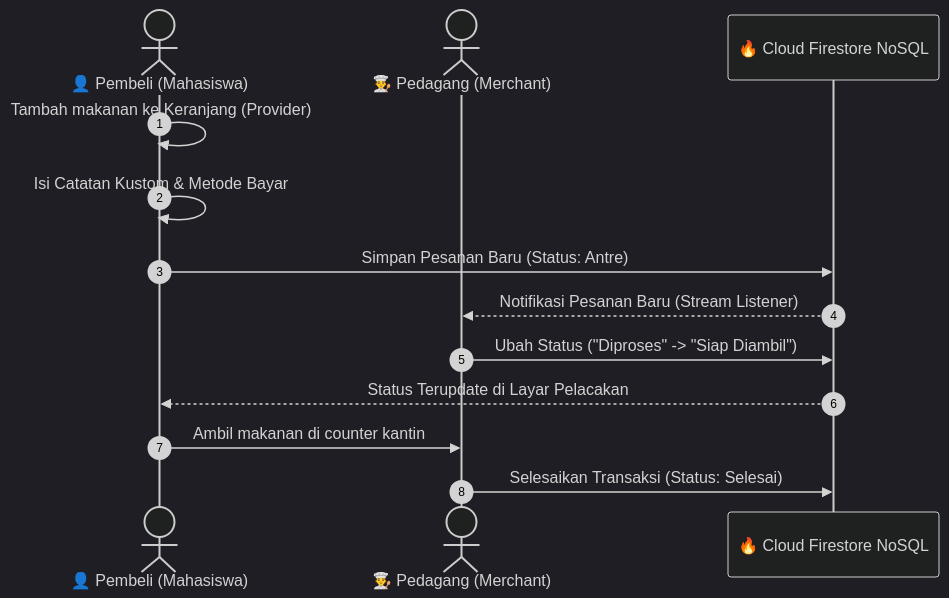
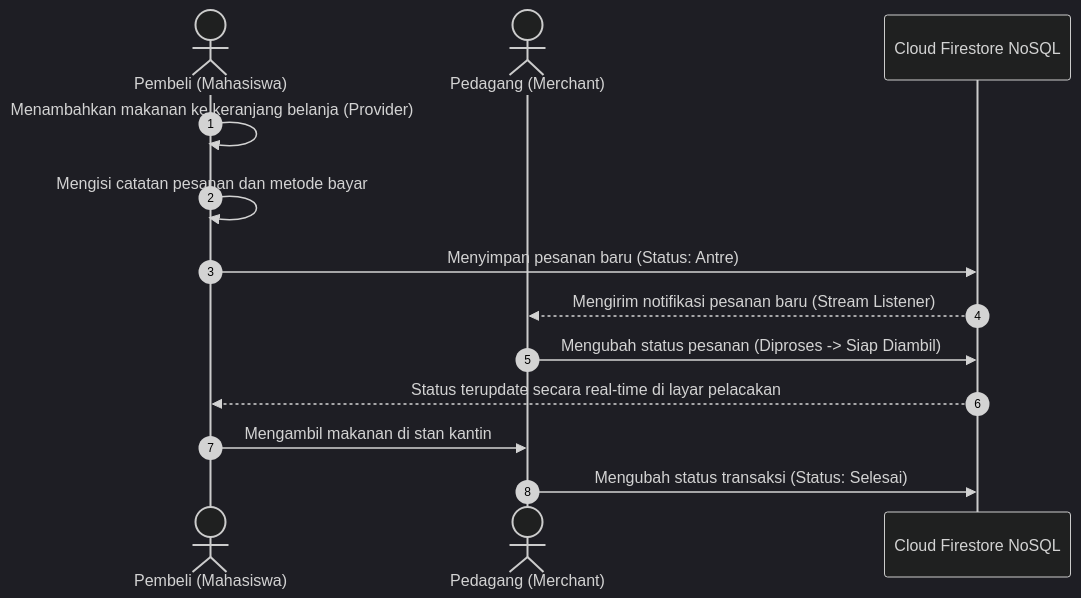
Before and after one commit to ssyhadins8/Foodtrack-App: the diagram in Laporan_Akhir_Blueprint.md, drawn with Mermaid (dark theme). The commit also changed other lines of this file and 5806 other files, not shown here.

````diff
--- a/Laporan_Akhir_Blueprint.md
+++ b/Laporan_Akhir_Blueprint.md
@@ -37,16 +36,16 @@
 ```mermaid
 sequenceDiagram
     autonumber
-    actor Pembeli as 👤 Pembeli (Mahasiswa)
-    actor Pedagang as 👨‍🍳 Pedagang (Merchant)
-    participant DB as 🔥 Cloud Firestore NoSQL
+    actor Pembeli as Pembeli (Mahasiswa)
+    actor Pedagang as Pedagang (Merchant)
+    participant DB as Cloud Firestore NoSQL
 
-    Pembeli->>Pembeli: Tambah makanan ke Keranjang (Provider)
-    Pembeli->>Pembeli: Isi Catatan Kustom & Metode Bayar
-    Pembeli->>DB: Simpan Pesanan Baru (Status: Antre)
-    DB-->>Pedagang: Notifikasi Pesanan Baru (Stream Listener)
-    Pedagang->>DB: Ubah Status ("Diproses" -> "Siap Diambil")
-    DB-->>Pembeli: Status Terupdate di Layar Pelacakan
-    Pembeli->>Pedagang: Ambil makanan di counter kantin
-    Pedagang->>DB: Selesaikan Transaksi (Status: Selesai)
+    Pembeli->>Pembeli: Menambahkan makanan ke keranjang belanja (Provider)
+    Pembeli->>Pembeli: Mengisi catatan pesanan dan metode bayar
+    Pembeli->>DB: Menyimpan pesanan baru (Status: Antre)
+    DB-->>Pedagang: Mengirim notifikasi pesanan baru (Stream Listener)
+    Pedagang->>DB: Mengubah status pesanan (Diproses -> Siap Diambil)
+    DB-->>Pembeli: Status terupdate secara real-time di layar pelacakan
+    Pembeli->>Pedagang: Mengambil makanan di stan kantin
+    Pedagang->>DB: Mengubah status transaksi (Status: Selesai)
 ```
````
